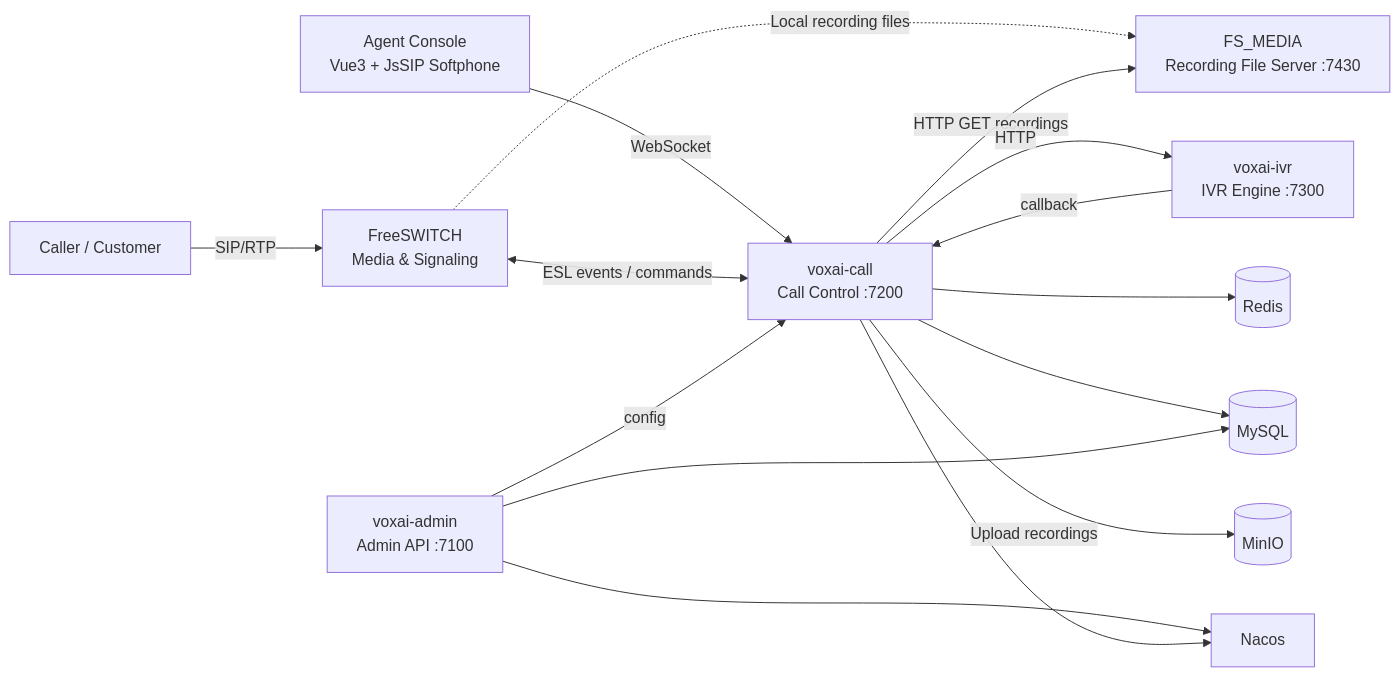
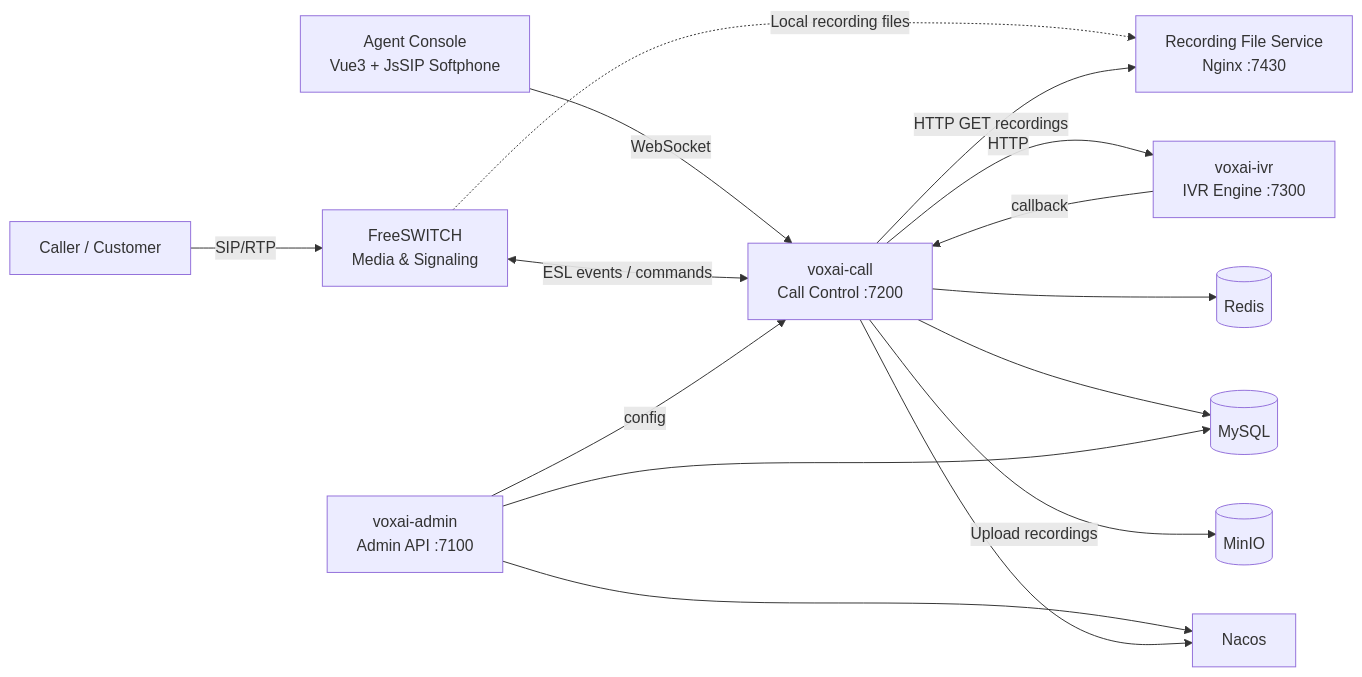
Before and after one commit to zqf20096327/ai_collect: the diagram in data/readmes/dongjb741280__ai-call-center.md, drawn with Mermaid. The commit also changed other lines of this file and 1946 other files, not shown here.

````diff
--- a/data/readmes/dongjb741280__ai-call-center.md
+++ b/data/readmes/dongjb741280__ai-call-center.md
@@ -45,17 +45,17 @@
 ```mermaid
 flowchart LR
     AG[Agent Console<br/>Vue3 + JsSIP Softphone] -- WebSocket --> CALL
     CP[Caller / Customer] -- SIP/RTP --> FS[FreeSWITCH<br/>Media & Signaling]
     FS <-- "ESL events / commands" --> CALL[voxai-call<br/>Call Control :7200]
-    FS -. Local recording files .-> MEDIA[FS_MEDIA<br/>Recording File Server :7430]
+    FS -. Local recording files .-> MEDIA[Recording File Service<br/>Nginx :7430]
     CALL -- HTTP GET recordings --> MEDIA
     CALL -- HTTP --> IVR[voxai-ivr<br/>IVR Engine :7300]
     IVR -- callback --> CALL
     ADMIN[voxai-admin<br/>Admin API :7100] -- config --> CALL
     CALL --> R[(Redis)]
     CALL --> DB[(MySQL)]
     CALL -- Upload recordings --> M[(MinIO)]
     ADMIN --> DB
     ADMIN --> N[Nacos]
     CALL --> N
 ```
````
